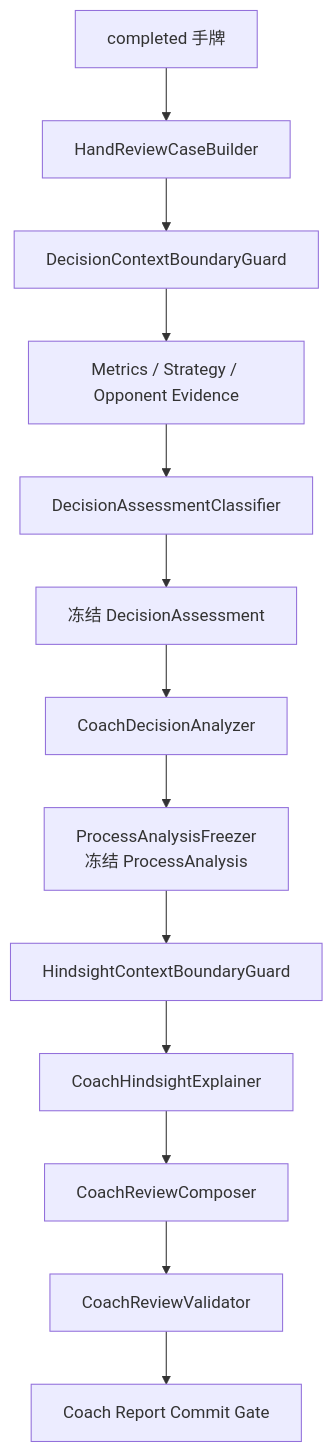
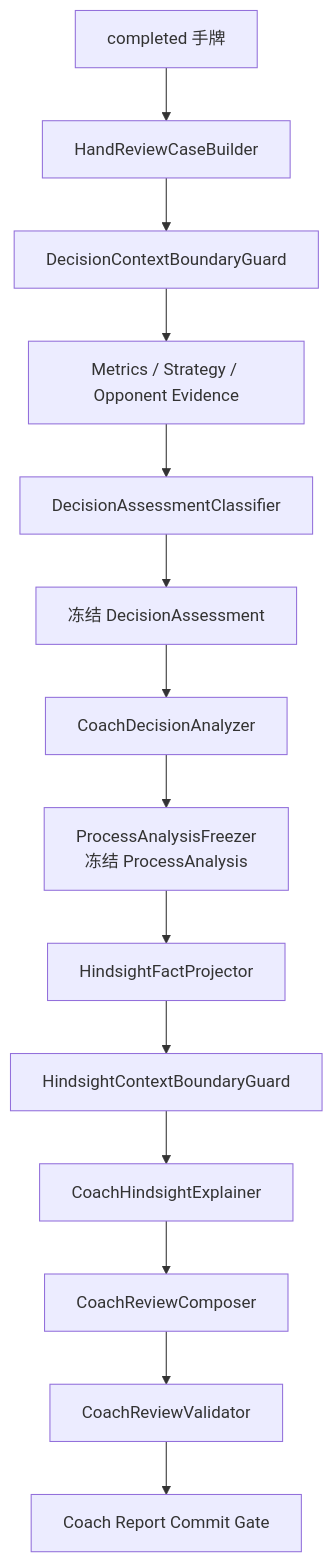
Before and after one commit to PANYUXIN6/TX-holdem-coach: the third of 3 diagrams in docs/superpowers/specs/2026-07-26-agent-foundation-runtime-architecture.md, drawn with Mermaid. The commit also changed other lines of this file and 50 other files, not shown here.

````diff
--- a/docs/superpowers/specs/2026-07-26-agent-foundation-runtime-architecture.md
+++ b/docs/superpowers/specs/2026-07-26-agent-foundation-runtime-architecture.md
@@ -378,15 +475,16 @@
 ```mermaid
 flowchart TD
     H["completed 手牌"] --> C["HandReviewCaseBuilder"]
     C --> DFG["DecisionContextBoundaryGuard"]
     DFG --> E["Metrics / Strategy / Opponent Evidence"]
     E --> A["DecisionAssessmentClassifier"]
     A --> FA["冻结 DecisionAssessment"]
     FA --> DA["CoachDecisionAnalyzer"]
     DA --> FP["ProcessAnalysisFreezer<br/>冻结 ProcessAnalysis"]
-    FP --> HFG["HindsightContextBoundaryGuard"]
+    FP --> HP["HindsightFactProjector"]
+    HP --> HFG["HindsightContextBoundaryGuard"]
     HFG --> HE["CoachHindsightExplainer"]
     HE --> CO["CoachReviewComposer"]
     CO --> VA["CoachReviewValidator"]
     VA --> CG["Coach Report Commit Gate"]
 ```
````
